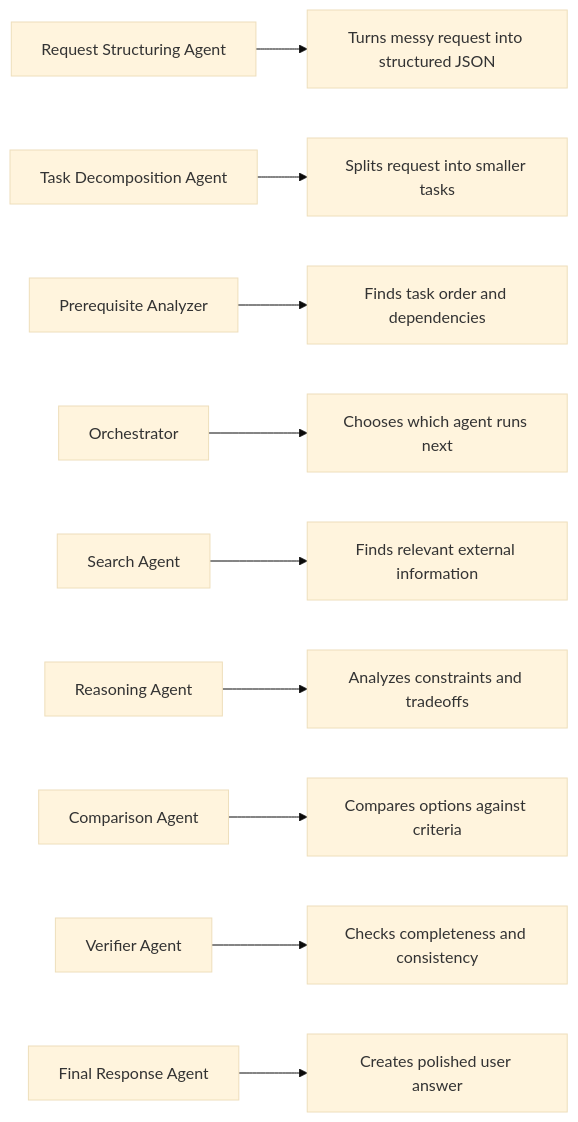
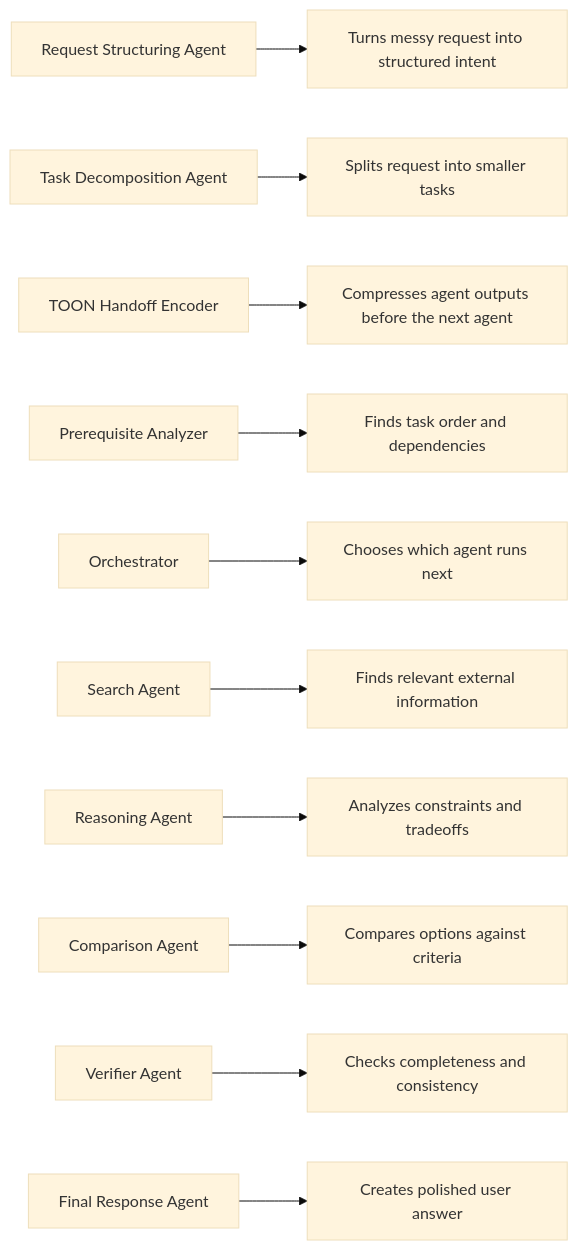
Before and after one commit to Hassaan146/agentic-ai-workflow: the third of 7 diagrams in docs/diagrams.md, drawn with Mermaid (base theme). The commit also changed other lines of this file and 7 other files, not shown here.

Commit message:
Add TOON agent handoffs

````diff
--- a/docs/diagrams.md
+++ b/docs/diagrams.md
@@ -53,12 +53,13 @@
 ```mermaid
 flowchart LR
-    A["Request Structuring Agent"] --> A1["Turns messy request into structured JSON"]
+    A["Request Structuring Agent"] --> A1["Turns messy request into structured intent"]
     B["Task Decomposition Agent"] --> B1["Splits request into smaller tasks"]
+    J["TOON Handoff Encoder"] --> J1["Compresses agent outputs before the next agent"]
     C["Prerequisite Analyzer"] --> C1["Finds task order and dependencies"]
     D["Orchestrator"] --> D1["Chooses which agent runs next"]
     E["Search Agent"] --> E1["Finds relevant external information"]
     F["Reasoning Agent"] --> F1["Analyzes constraints and tradeoffs"]
     G["Comparison Agent"] --> G1["Compares options against criteria"]
     H["Verifier Agent"] --> H1["Checks completeness and consistency"]
     I["Final Response Agent"] --> I1["Creates polished user answer"]
 ```
````
